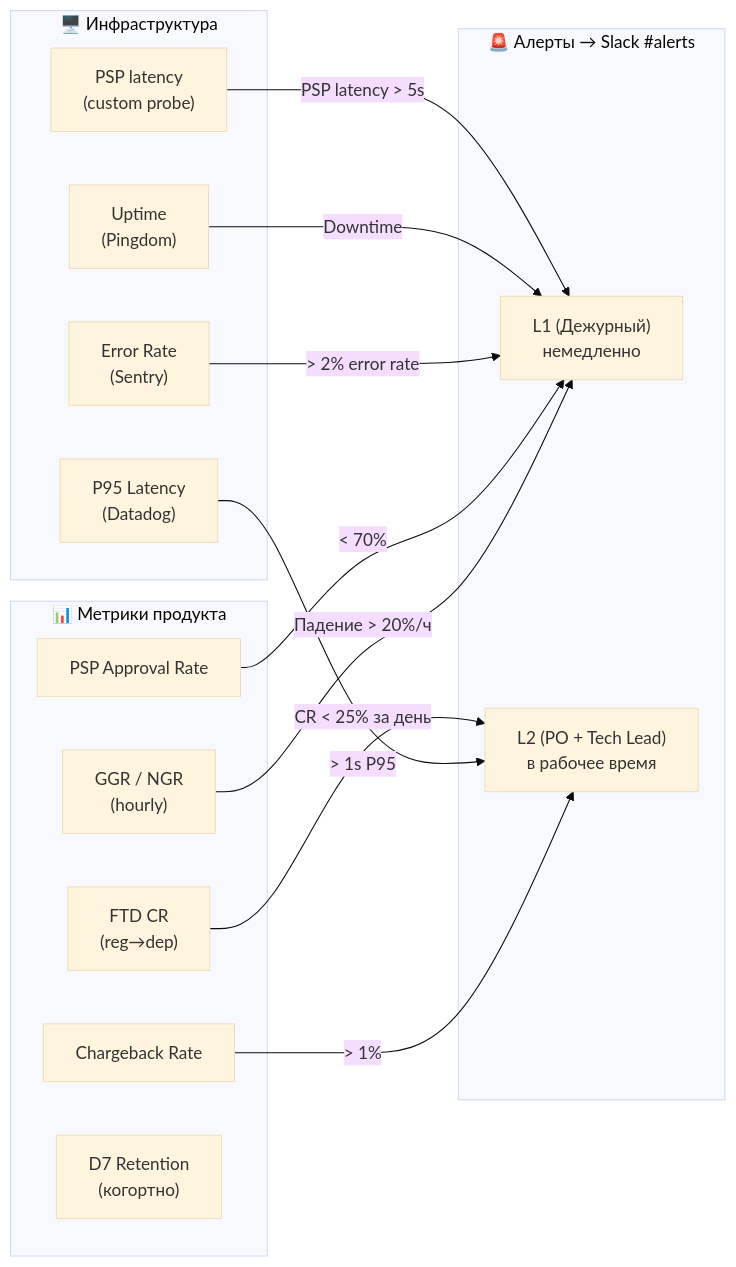
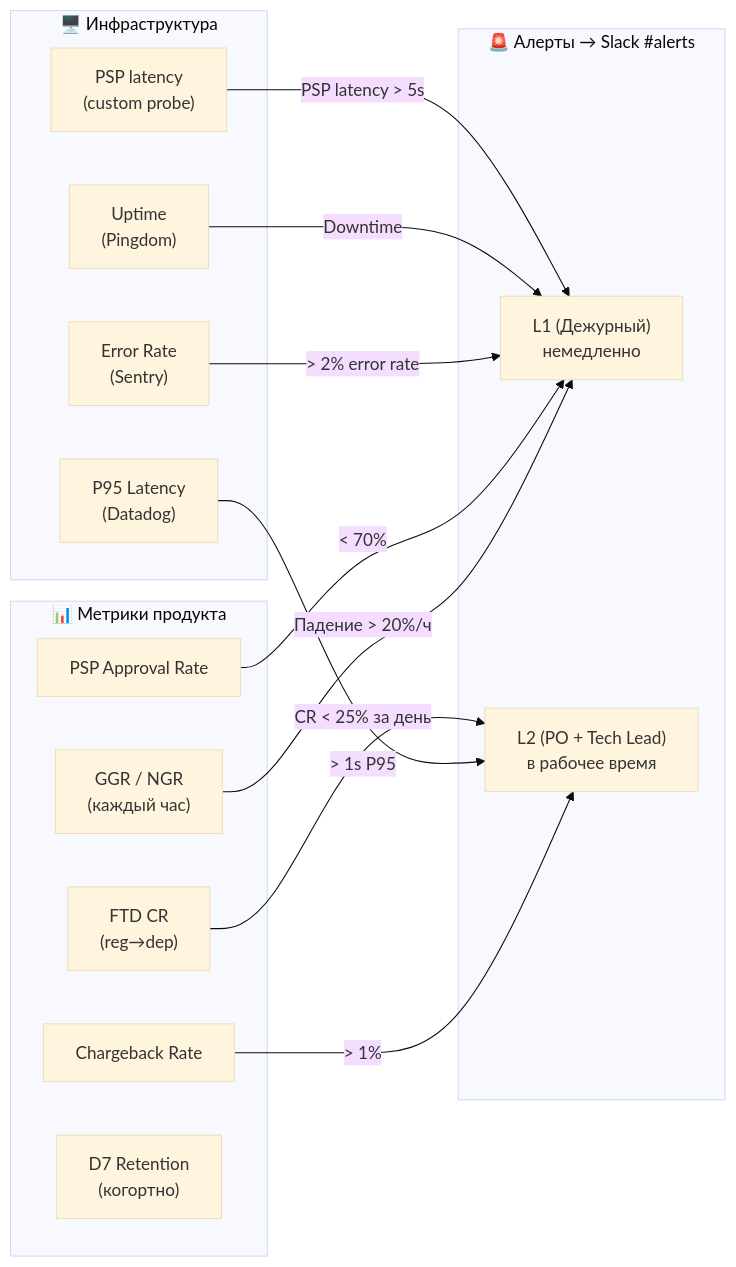
The fifth of 5 diagrams in PROCESS.md (Alienwave1308/cyberbox-audit), drawn with Mermaid (base theme) before and after one commit. The commit also changed other lines of this file, not shown here.

````diff
--- a/PROCESS.md
+++ b/PROCESS.md
@@ -284,31 +317,31 @@
 ```mermaid
 flowchart LR
     subgraph METRICS["📊 Метрики продукта"]
-        M1["GGR / NGR\n(hourly)"]
+        M1["GGR / NGR\n(каждый час)"]
         M2["FTD CR\n(reg→dep)"]
         M3["Chargeback Rate"]
         M4["PSP Approval Rate"]
         M5["D7 Retention\n(когортно)"]
     end
 
     subgraph INFRA["🖥️ Инфраструктура"]
         I1["Error Rate\n(Sentry)"]
         I2["P95 Latency\n(Datadog)"]
         I3["Uptime\n(Pingdom)"]
         I4["PSP latency\n(custom probe)"]
     end
 
     subgraph ALERTS["🚨 Алерты → Slack #alerts"]
         A1["L1 (Дежурный)\nнемедленно"]
         A2["L2 (PO + Tech Lead)\nв рабочее время"]
     end
 
     M1 -->|"Падение > 20%/ч"| A1
     M3 -->|"> 1%"| A2
     M4 -->|"< 70%"| A1
     I1 -->|"> 2% error rate"| A1
     I2 -->|"> 1s P95"| A2
     I3 -->|"Downtime"| A1
     I4 -->|"PSP latency > 5s"| A1
     M2 -->|"CR < 25% за день"| A2
 ```
````
